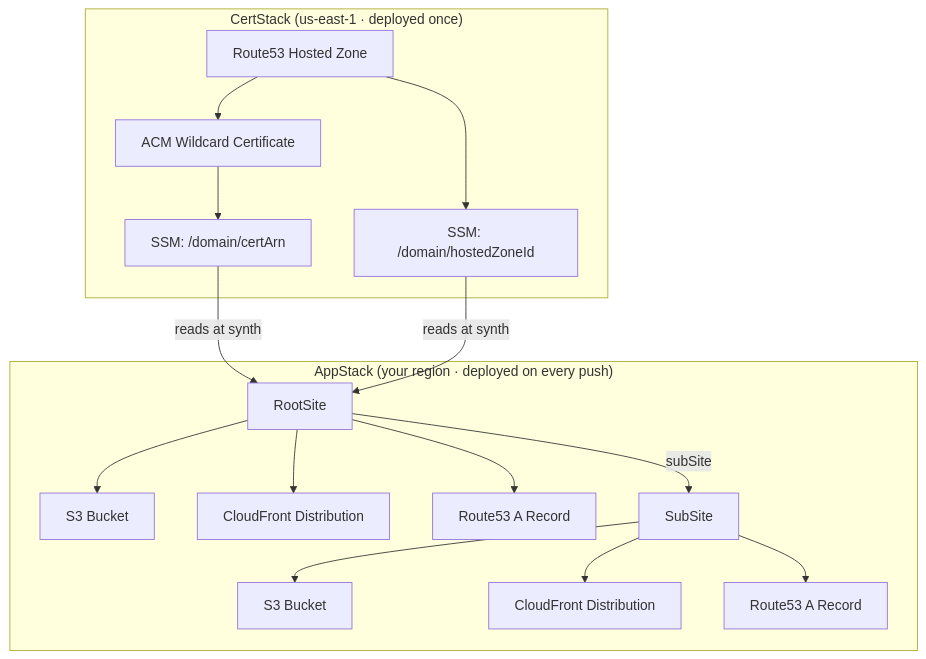
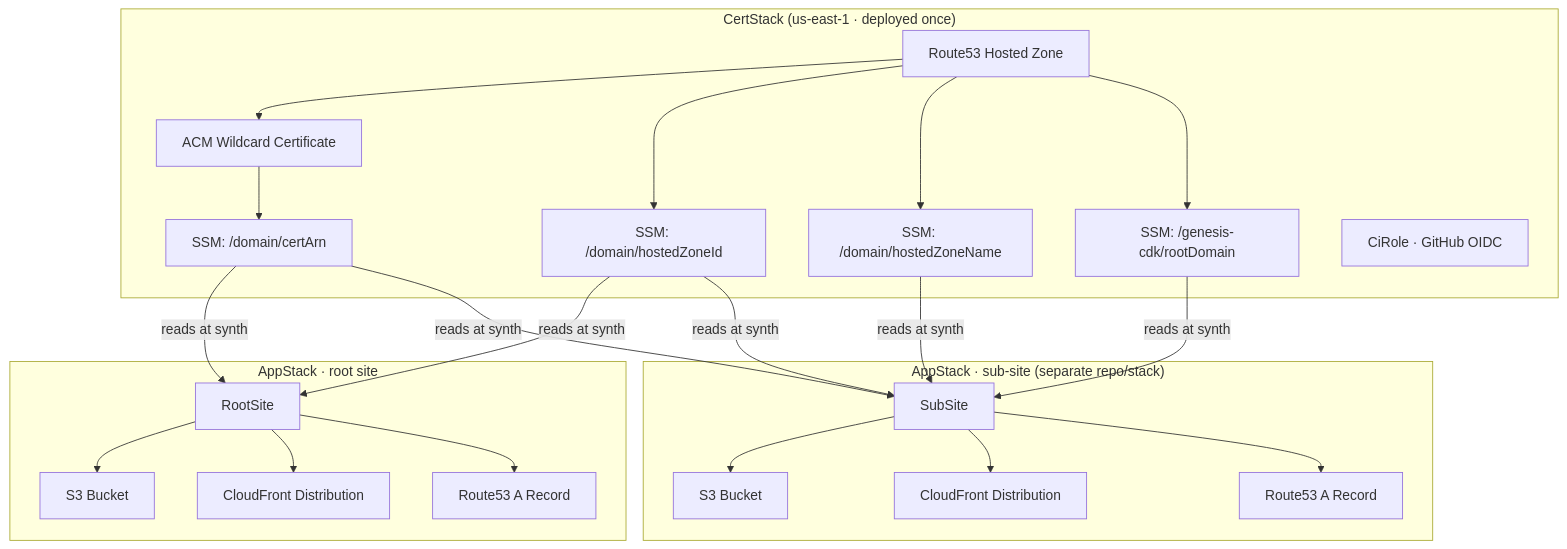
Before and after one commit to samconibear/Genesis-CDK: the diagram in README.md, drawn with Mermaid. The commit also changed other lines of this file and 5 other files, not shown here.

Commit message:
cross-region-ssm-region

````diff
--- a/README.md
+++ b/README.md
@@ -282,25 +268,30 @@
 ```mermaid
 flowchart TD
     subgraph CertStack["CertStack (us-east-1 · deployed once)"]
         HZ[Route53 Hosted Zone]
         CERT[ACM Wildcard Certificate]
         HZ --> CERT
         CERT --> SSM_CERT[SSM: /domain/certArn]
-        HZ --> SSM_ZONE[SSM: /domain/hostedZoneId]
+        HZ --> SSM_HZI[SSM: /domain/hostedZoneId]
+        HZ --> SSM_HZN[SSM: /domain/hostedZoneName]
+        HZ --> SSM_RD[SSM: /genesis-cdk/rootDomain]
+        CI[CiRole · GitHub OIDC]
     end
 
-    SSM_CERT -->|reads at synth| ROOT
-    SSM_ZONE -->|reads at synth| ROOT
+    SSM_CERT & SSM_HZI -->|reads at synth| ROOT
+    SSM_CERT & SSM_HZI & SSM_HZN & SSM_RD -->|reads at synth| SUB
 
-    subgraph AppStack["AppStack (your region · deployed on every push)"]
+    subgraph RootStack["AppStack · root site"]
         ROOT[RootSite]
         ROOT --> S3_ROOT[S3 Bucket]
         ROOT --> CF_ROOT[CloudFront Distribution]
         ROOT --> DNS_ROOT[Route53 A Record]
+    end
 
-        ROOT -->|subSite| SUB[SubSite]
+    subgraph SubStack["AppStack · sub-site (separate repo/stack)"]
+        SUB[SubSite]
         SUB --> S3_SUB[S3 Bucket]
         SUB --> CF_SUB[CloudFront Distribution]
         SUB --> DNS_SUB[Route53 A Record]
     end
 ```
````
